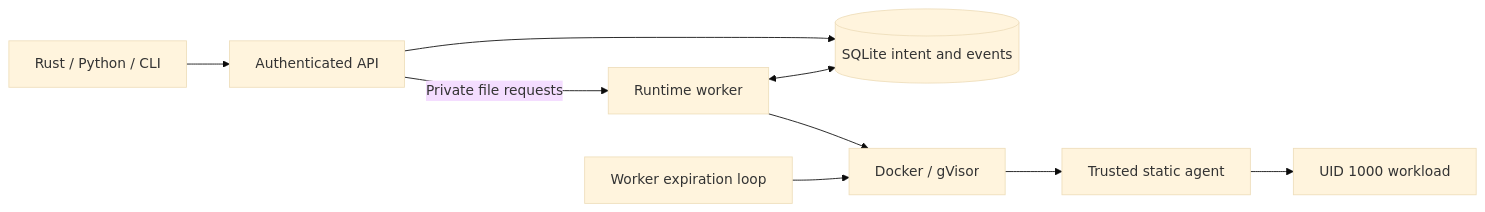
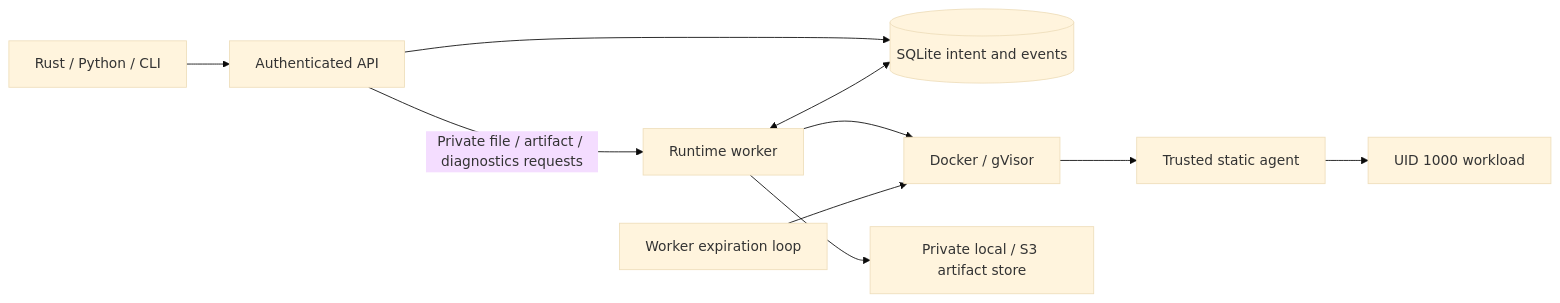
The diagram in docs/control.md (mark0-cn/GoldenHoop), drawn with Mermaid (base theme) before and after one commit. The commit also changed other lines of this file and 43 other files, not shown here.

````diff
--- a/docs/control.md
+++ b/docs/control.md
@@ -5,11 +5,12 @@
 ```mermaid
 flowchart LR
     Client[Rust / Python / CLI] --> API[Authenticated API]
     API --> DB[(SQLite intent and events)]
     Worker[Runtime worker] <--> DB
-    API -->|Private file requests| Worker
+    API -->|Private file / artifact / diagnostics requests| Worker
     Worker --> Runtime[Docker / gVisor]
+    Worker --> Storage[Private local / S3 artifact store]
     Expiry[Worker expiration loop] --> Runtime
     Runtime --> Agent[Trusted static agent]
     Agent --> Workload[UID 1000 workload]
 ```
````
